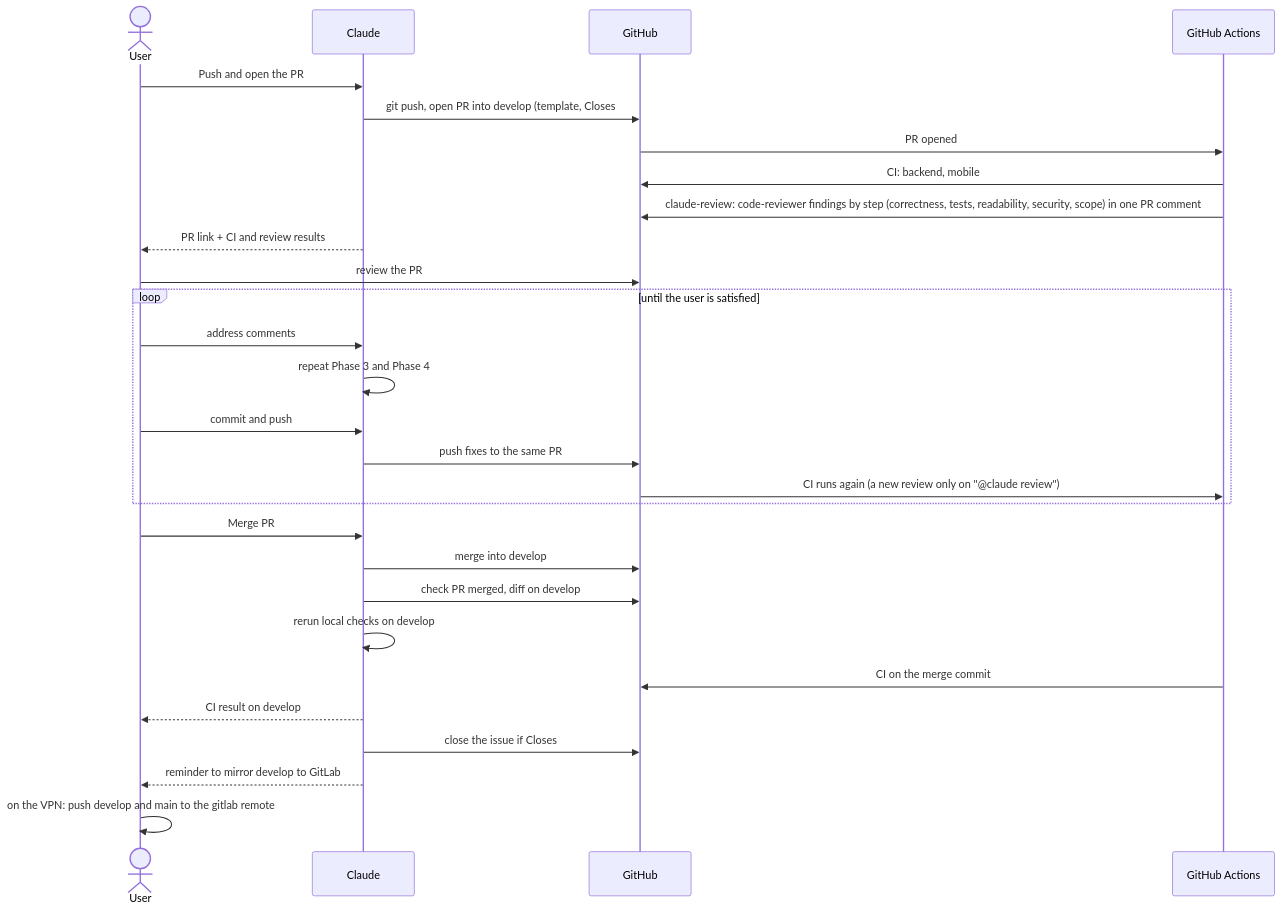
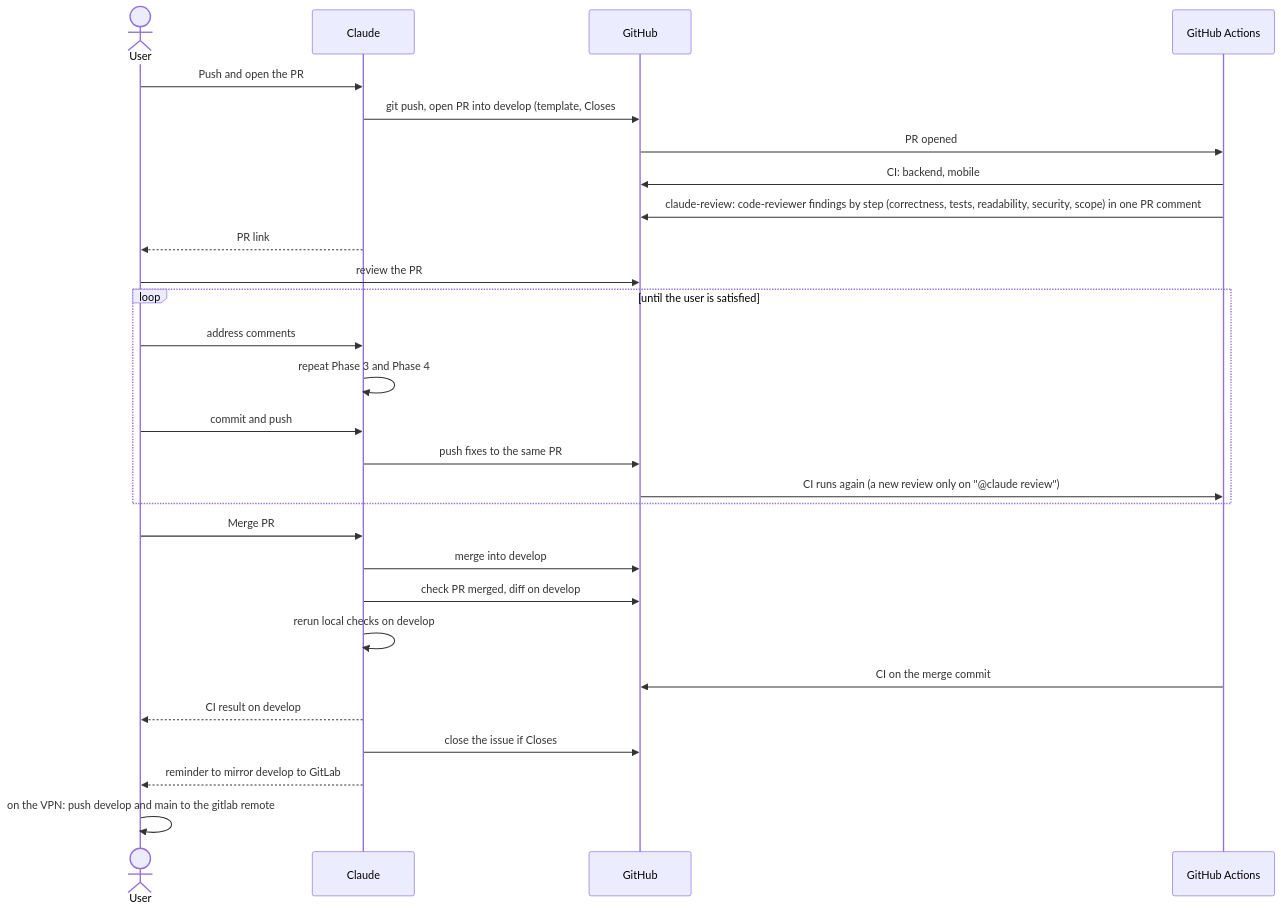
Before and after one commit to huynguyennang-agilityio/claude-code-training: the third of 4 diagrams in docs/workflow.md, drawn with Mermaid. The commit also changed other lines of this file and 1 other file, not shown here.

Commit message:
docs: clarify the CI and review wording from the #57 review

````diff
--- a/docs/workflow.md
+++ b/docs/workflow.md
@@ -68,30 +68,30 @@
 ```mermaid
 sequenceDiagram
     actor U as User
     participant C as Claude
     participant G as GitHub
     participant A as GitHub Actions
     U->>C: Push and open the PR
     C->>G: git push, open PR into develop (template, Closes #id)
     G->>A: PR opened
     A->>G: CI: backend, mobile
     A->>G: claude-review: code-reviewer findings by step (correctness, tests, readability, security, scope) in one PR comment
-    C-->>U: PR link + CI and review results
+    C-->>U: PR link
     U->>G: review the PR
     loop until the user is satisfied
         U->>C: address comments
         C->>C: repeat Phase 3 and Phase 4
         U->>C: commit and push
         C->>G: push fixes to the same PR
         G->>A: CI runs again (a new review only on "@claude review")
     end
     U->>C: Merge PR #id
     C->>G: merge into develop
     C->>G: check PR merged, diff on develop
     C->>C: rerun local checks on develop
     A->>G: CI on the merge commit
     C-->>U: CI result on develop
     C->>G: close the issue if Closes #id did not
     C-->>U: reminder to mirror develop to GitLab
     U->>U: on the VPN: push develop and main to the gitlab remote
 ```
````
